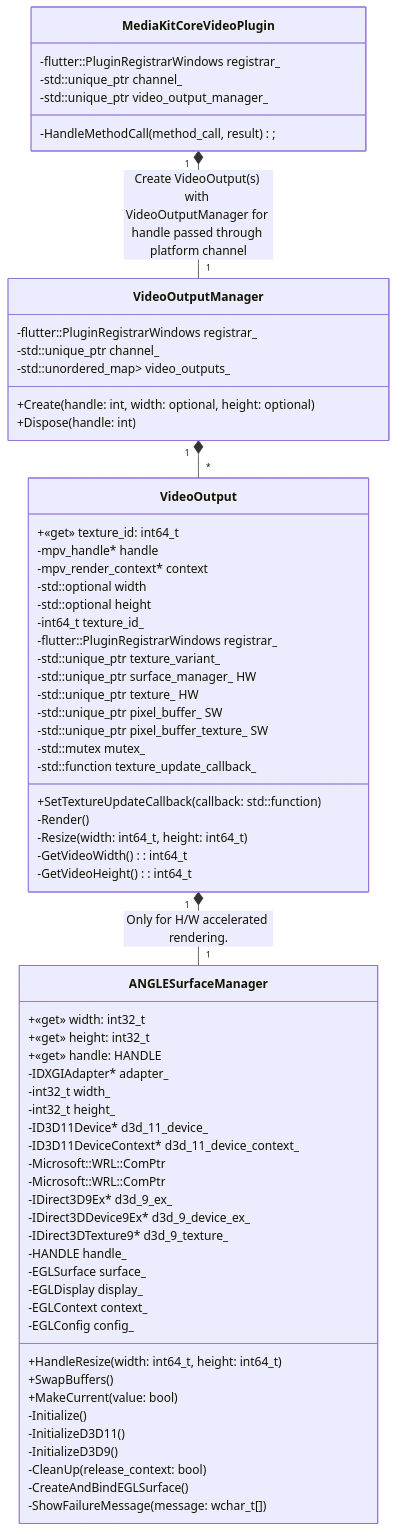
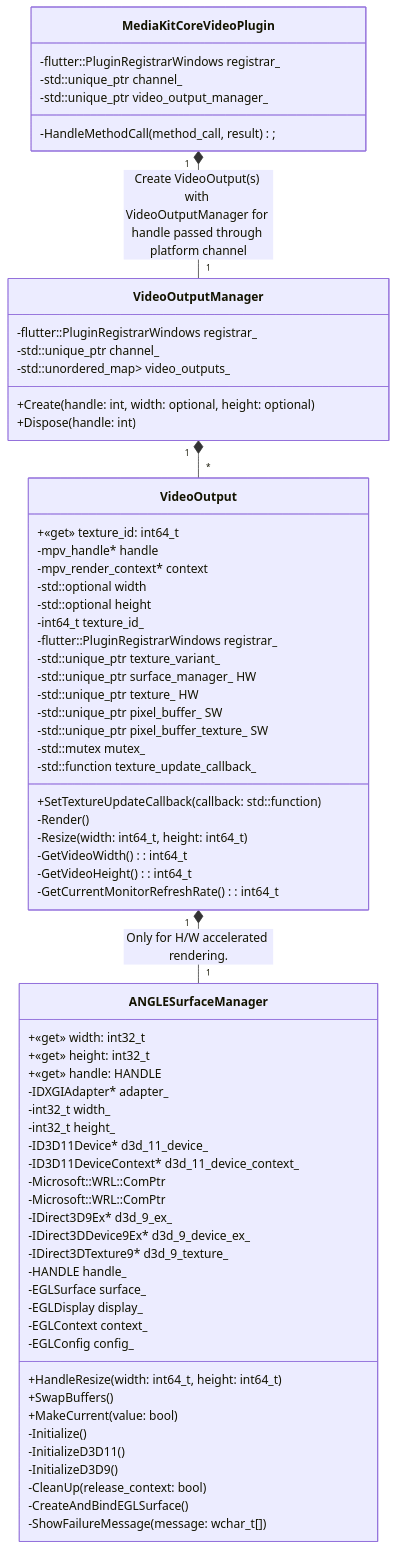
Before and after one commit to media-kit/media-kit: the second of 2 diagrams in README.md, drawn with Mermaid.

Commit message:
docs(windows): update package:media_kit_core_video class diagram

```diff
--- a/README.md
+++ b/README.md
@@ -444,6 +444,7 @@
     -Resize(width: int64_t, height: int64_t)
     -GetVideoWidth(): int64_t
     -GetVideoHeight(): int64_t
+    -GetCurrentMonitorRefreshRate(): int64_t
   }
 
   class ANGLESurfaceManager {
```
